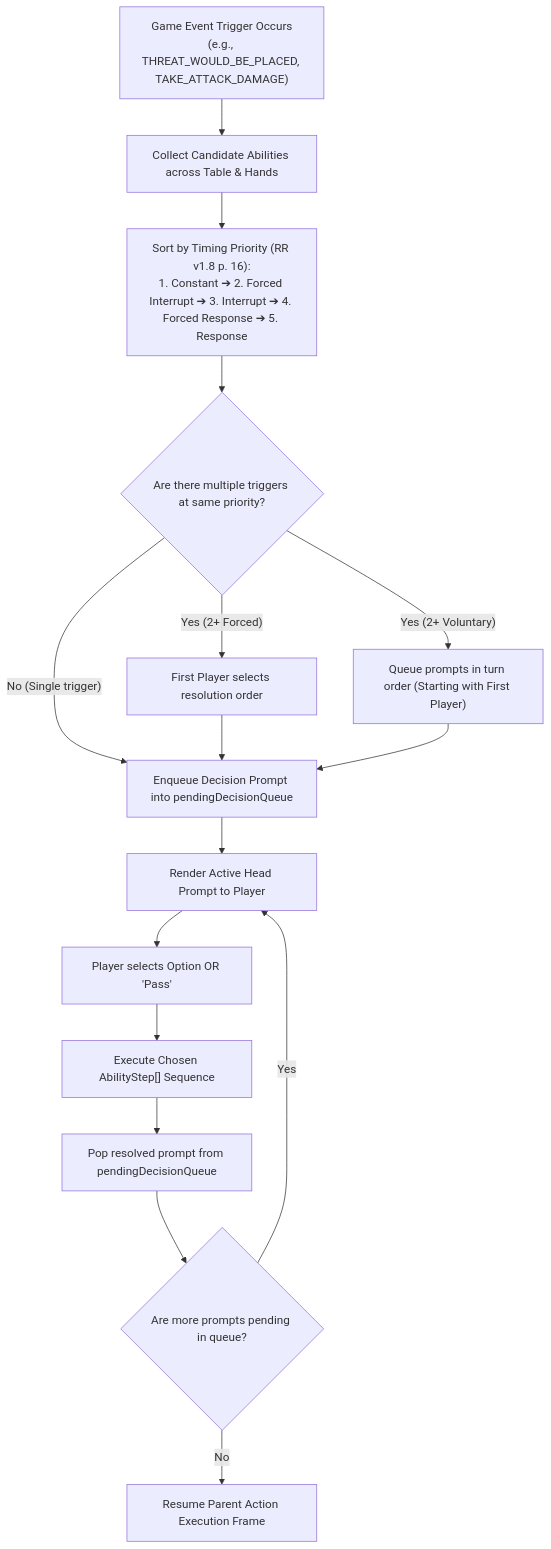
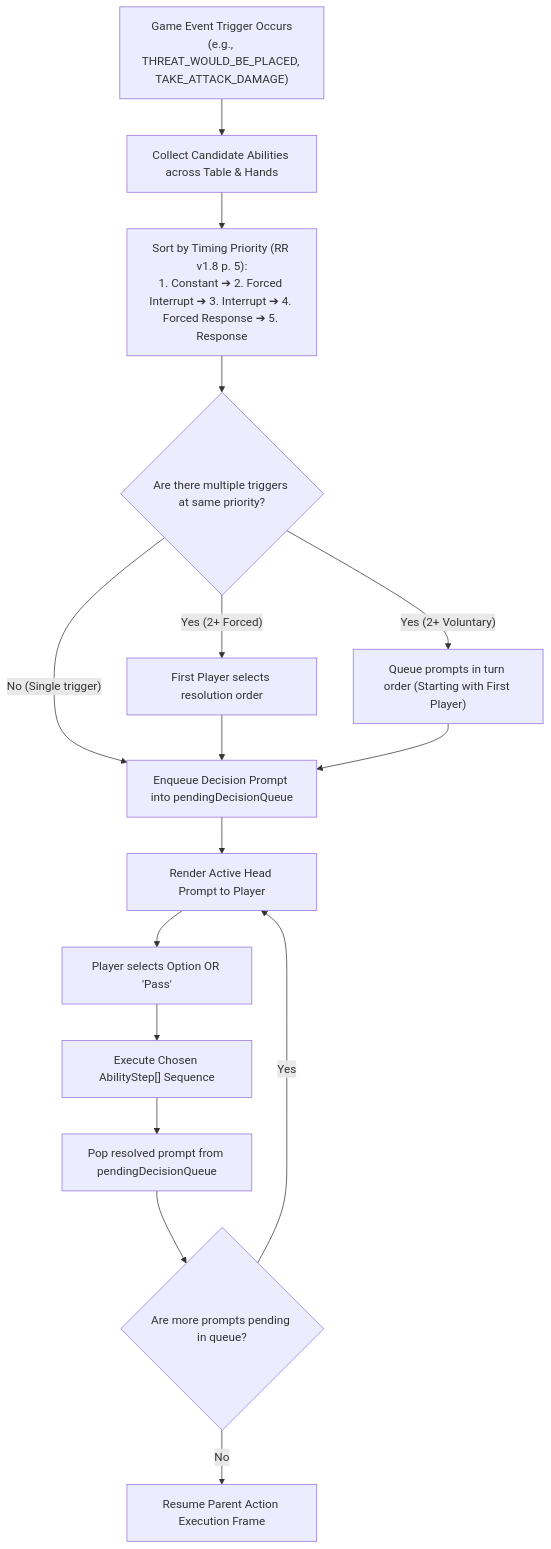
One commit to SteveRodrigue/MCD changed the diagram in docs/decisions/0032-universal-resolution-stack-decision-prompt-queue-and-nested-interrupts.md. Above: the diagram before and after it, drawn with Mermaid. The commit also changed other lines of this file and 80 other files, not shown here.

````diff
--- a/docs/decisions/0032-universal-resolution-stack-decision-prompt-queue-and-nested-interrupts.md
+++ b/docs/decisions/0032-universal-resolution-stack-decision-prompt-queue-and-nested-interrupts.md
@@ -70,25 +71,25 @@
 ```mermaid
 flowchart TD
     TriggerOccurs["Game Event Trigger Occurs<br/>(e.g., THREAT_WOULD_BE_PLACED, TAKE_ATTACK_DAMAGE)"] --> CollectCandidates["Collect Candidate Abilities across Table & Hands"]
     
-    CollectCandidates --> SortPriority["Sort by Timing Priority (RR v1.8 p. 16):<br/>1. Constant ➔ 2. Forced Interrupt ➔ 3. Interrupt ➔ 4. Forced Response ➔ 5. Response"]
+    CollectCandidates --> SortPriority["Sort by Timing Priority (RR v1.8 p. 5):<br/>1. Constant ➔ 2. Forced Interrupt ➔ 3. Interrupt ➔ 4. Forced Response ➔ 5. Response"]
     
     SortPriority --> CheckSimultaneous{"Are there multiple triggers at same priority?"}
     
     CheckSimultaneous -- Yes (2+ Forced) --> FirstPlayerOrder["First Player selects resolution order"]
     CheckSimultaneous -- Yes (2+ Voluntary) --> TurnOrderPass["Queue prompts in turn order (Starting with First Player)"]
     CheckSimultaneous -- No (Single trigger) --> EnqueuePrompt["Enqueue Decision Prompt into pendingDecisionQueue"]
     
     FirstPlayerOrder --> EnqueuePrompt
     TurnOrderPass --> EnqueuePrompt
     
     EnqueuePrompt --> OpenPromptWindow["Render Active Head Prompt to Player"]
     
     OpenPromptWindow --> PlayerResponds["Player selects Option OR 'Pass'"]
     
     PlayerResponds --> ExecuteStep["Execute Chosen AbilityStep[] Sequence"]
     ExecuteStep --> PopQueue["Pop resolved prompt from pendingDecisionQueue"]
     PopQueue --> MorePrompts{"Are more prompts pending in queue?"}
     MorePrompts -- Yes --> OpenPromptWindow
     MorePrompts -- No --> ResumeParent["Resume Parent Action Execution Frame"]
 ```
````
